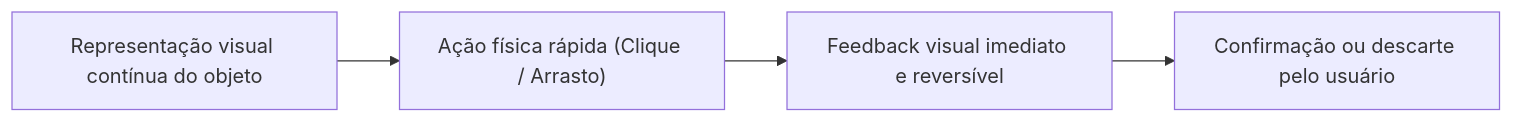
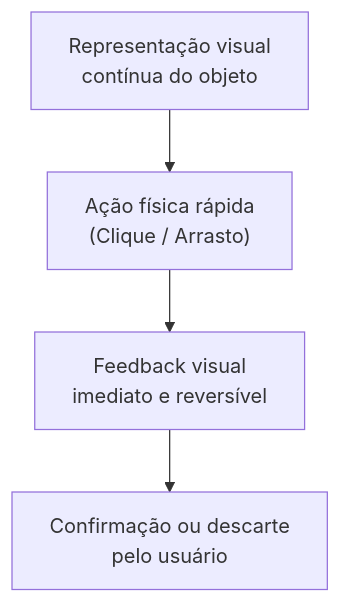
The second of 3 diagrams in 08. Design de Interacao/16. Interfaces gráficas - paradigma wimp, manipulação direta e reconhecer em vez de recordar.md (leorruas/puc), drawn with Mermaid before and after one commit. The commit also changed 8 other files, not shown here.

Commit message:
style(mermaid): refactor diagrams to vertical TD flow and add Mermaid guidelines to AGENTS.md

````diff
--- a/08. Design de Interacao/16. Interfaces gráficas - paradigma wimp, manipulação direta e reconhecer em vez de recordar.md
+++ b/08. Design de Interacao/16. Interfaces gráficas - paradigma wimp, manipulação direta e reconhecer em vez de recordar.md
@@ -61,6 +61,6 @@
 ```mermaid
-graph LR
-    Objeto["Representação visual contínua do objeto"] --> Ação["Ação física rápida (Clique / Arrasto)"]
-    Ação --> Feedback["Feedback visual imediato e reversível"]
-    Feedback --> Ajuste["Confirmação ou descarte pelo usuário"]
+graph TD
+    Objeto["Representação visual<br>contínua do objeto"] --> Ação["Ação física rápida<br>(Clique / Arrasto)"]
+    Ação --> Feedback["Feedback visual<br>imediato e reversível"]
+    Feedback --> Ajuste["Confirmação ou descarte<br>pelo usuário"]
 ```
````
